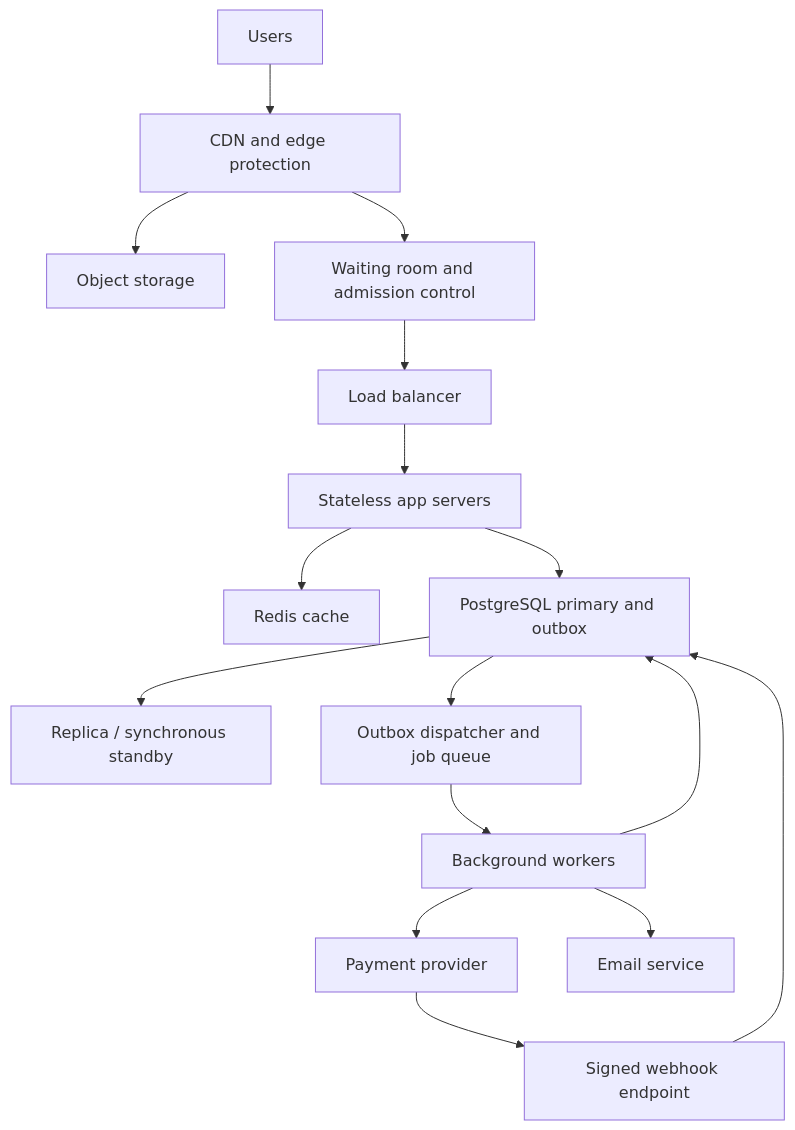
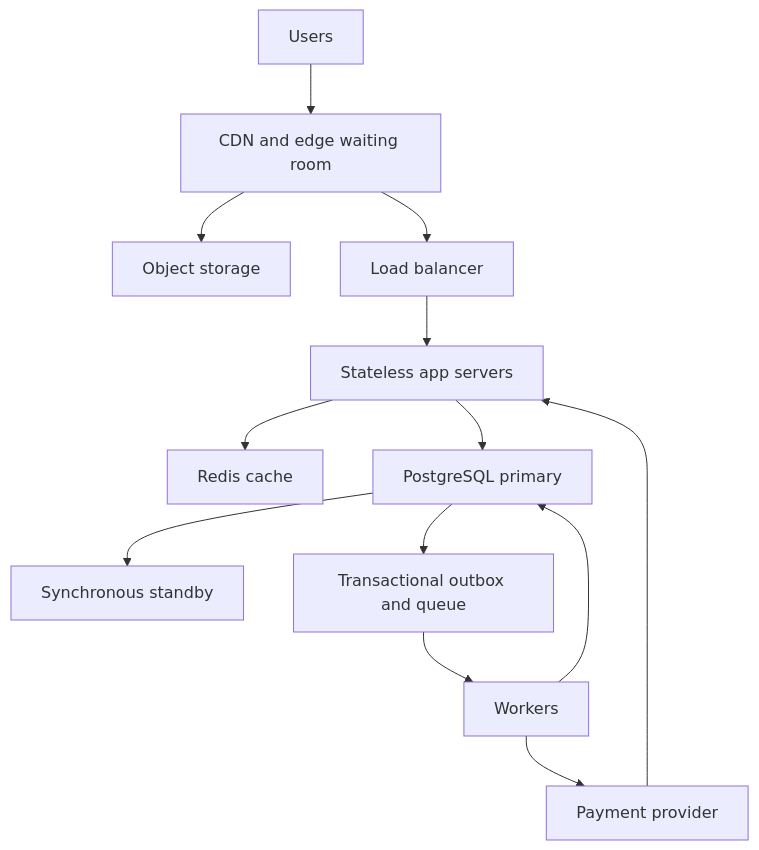
Before and after one commit to adenahmedm87/web-foundations-days: the diagram in day8/ticketing-design.md, drawn with Mermaid. The commit also changed other lines of this file, not shown here.

````diff
--- a/day8/ticketing-design.md
+++ b/day8/ticketing-design.md
@@ -251,18 +63,15 @@
 ```mermaid
 flowchart TD
-    U["Users"] --> E["CDN and edge protection"]
-    E --> S["Object storage"]
-    E --> W["Waiting room and admission control"]
-    W --> L["Load balancer"]
-    L --> A["Stateless app servers"]
-    A --> C["Redis cache"]
-    A --> D["PostgreSQL primary and outbox"]
-    D --> R["Replica / synchronous standby"]
-    D --> Q["Outbox dispatcher and job queue"]
-    Q --> B["Background workers"]
-    B --> D
-    B --> P["Payment provider"]
-    P --> H["Signed webhook endpoint"]
-    H --> D
-    B --> M["Email service"]
+ U[Users] --> E[CDN and edge waiting room]
+ E --> O[Object storage]
+ E --> L[Load balancer]
+ L --> A[Stateless app servers]
+ A --> C[Redis cache]
+ A --> D[PostgreSQL primary]
+ D --> R[Synchronous standby]
+ D --> Q[Transactional outbox and queue]
+ Q --> W[Workers]
+ W --> D
+ W --> P[Payment provider]
+ P --> A
 ```
````
